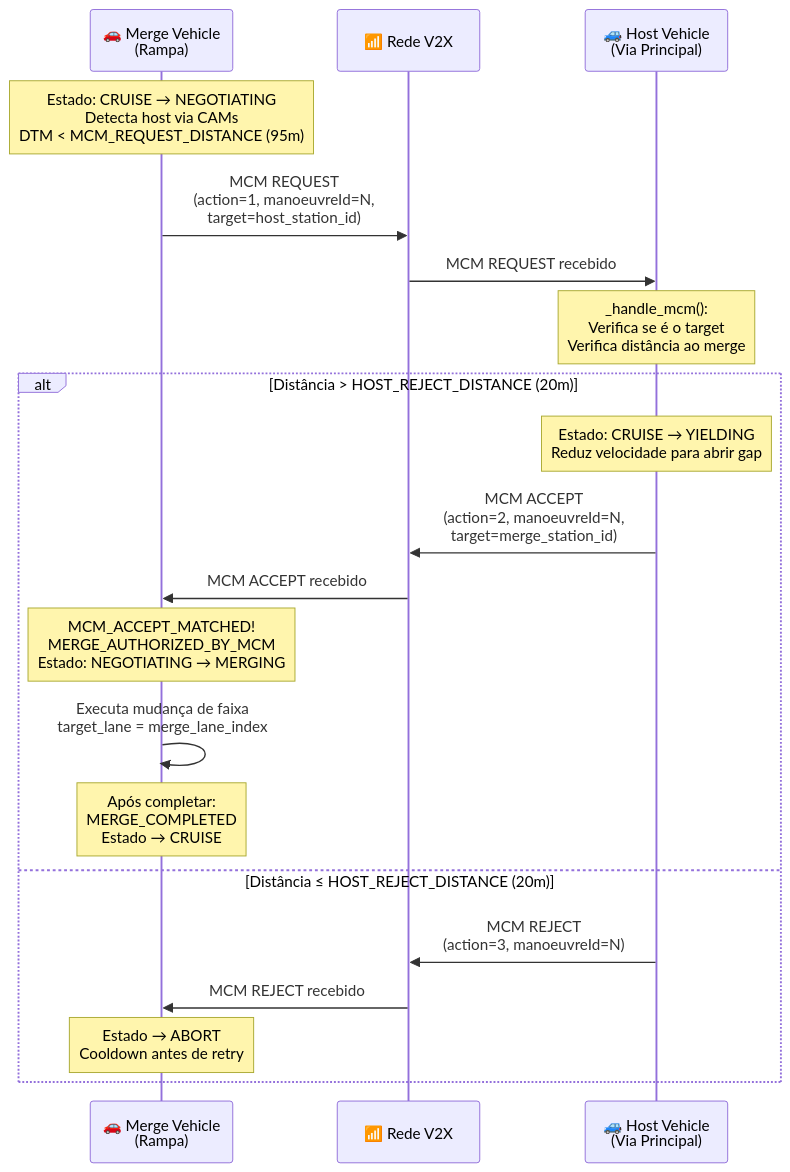
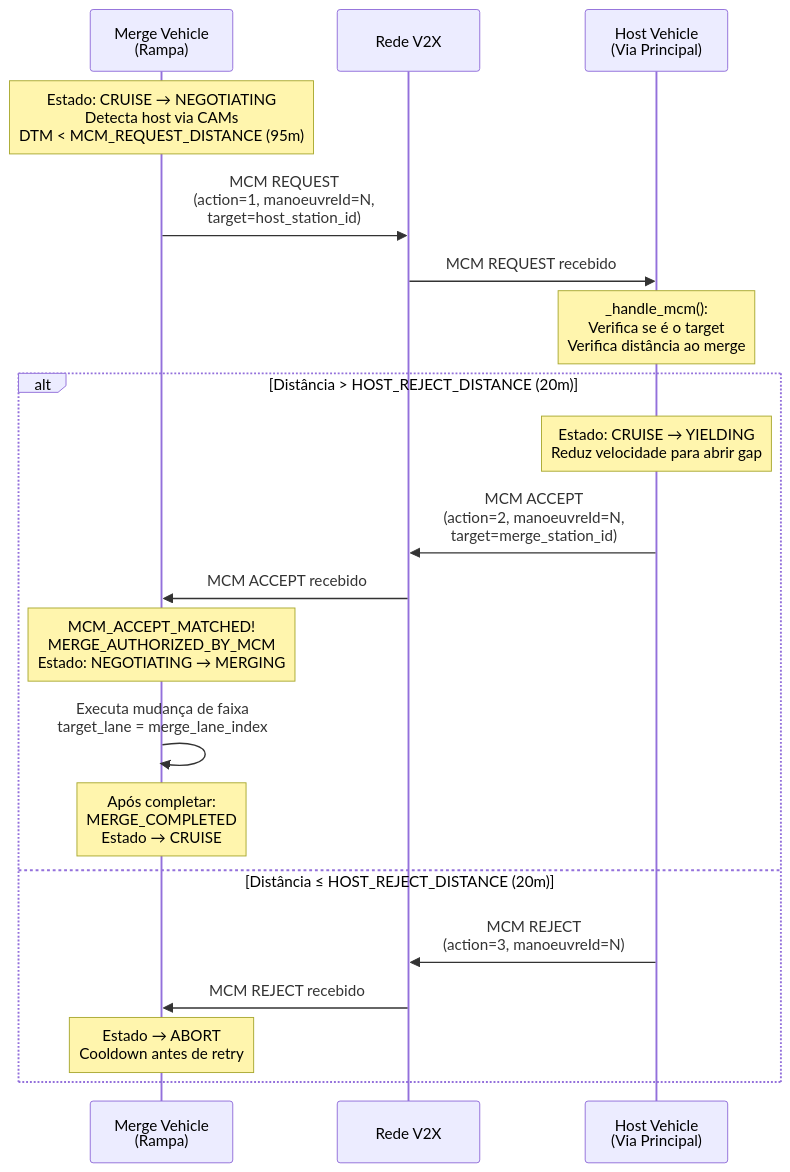
Before and after one commit to BMarujo/RSA: the fifth of 8 diagrams in mcm_cam_diagram.md, drawn with Mermaid. The commit also changed other lines of this file and 25 other files, not shown here.

````diff
--- a/mcm_cam_diagram.md
+++ b/mcm_cam_diagram.md
@@ -146,30 +146,30 @@
 ```mermaid
 sequenceDiagram
-    participant MV as 🚗 Merge Vehicle<br/>(Rampa)
-    participant V2X as 📶 Rede V2X
-    participant HV as 🚙 Host Vehicle<br/>(Via Principal)
+    participant MV as Merge Vehicle<br/>(Rampa)
+    participant V2X as Rede V2X
+    participant HV as Host Vehicle<br/>(Via Principal)
 
     Note over MV: Estado: CRUISE → NEGOTIATING<br/>Detecta host via CAMs<br/>DTM < MCM_REQUEST_DISTANCE (95m)
 
     MV->>V2X: MCM REQUEST<br/>(action=1, manoeuvreId=N,<br/>target=host_station_id)
     V2X->>HV: MCM REQUEST recebido
 
     Note over HV: _handle_mcm():<br/>Verifica se é o target<br/>Verifica distância ao merge
 
     alt Distância > HOST_REJECT_DISTANCE (20m)
         Note over HV: Estado: CRUISE → YIELDING<br/>Reduz velocidade para abrir gap
         HV->>V2X: MCM ACCEPT<br/>(action=2, manoeuvreId=N,<br/>target=merge_station_id)
         V2X->>MV: MCM ACCEPT recebido
         
         Note over MV: MCM_ACCEPT_MATCHED!<br/>MERGE_AUTHORIZED_BY_MCM<br/>Estado: NEGOTIATING → MERGING
         
         MV->>MV: Executa mudança de faixa<br/>target_lane = merge_lane_index
         
         Note over MV: Após completar:<br/>MERGE_COMPLETED<br/>Estado → CRUISE
     else Distância ≤ HOST_REJECT_DISTANCE (20m)
         HV->>V2X: MCM REJECT<br/>(action=3, manoeuvreId=N)
         V2X->>MV: MCM REJECT recebido
         
         Note over MV: Estado → ABORT<br/>Cooldown antes de retry
     end
 ```
````
